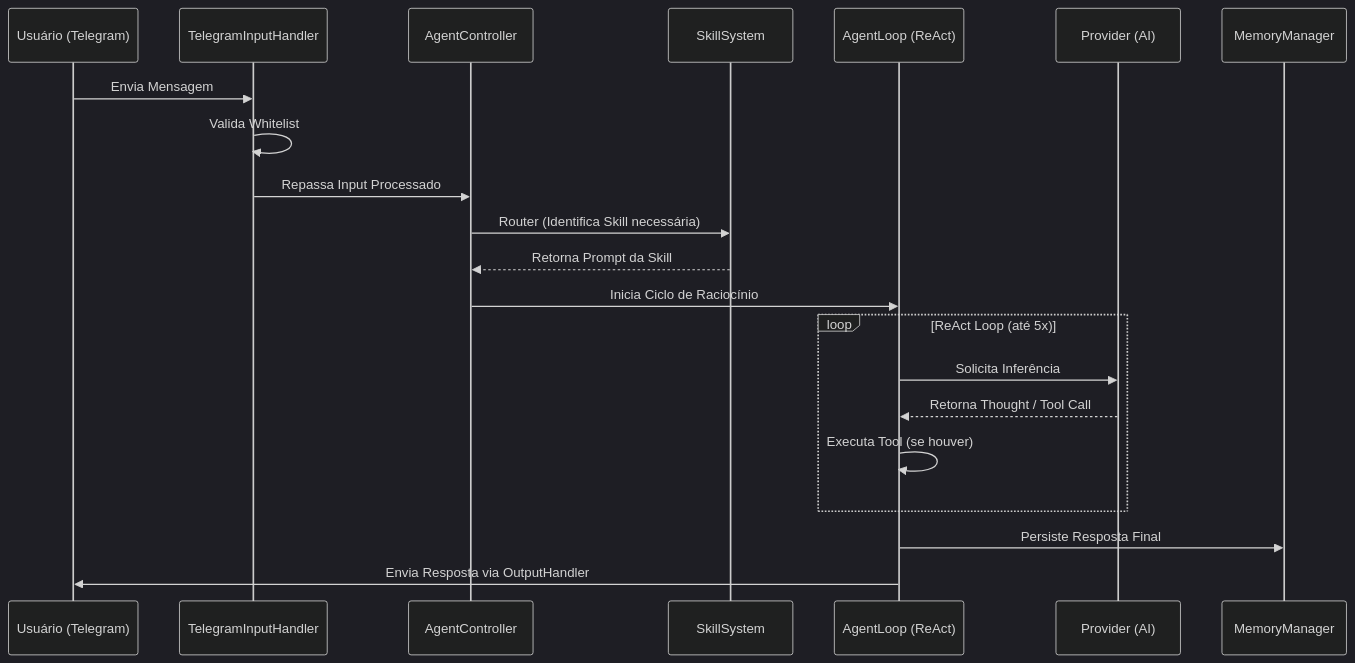
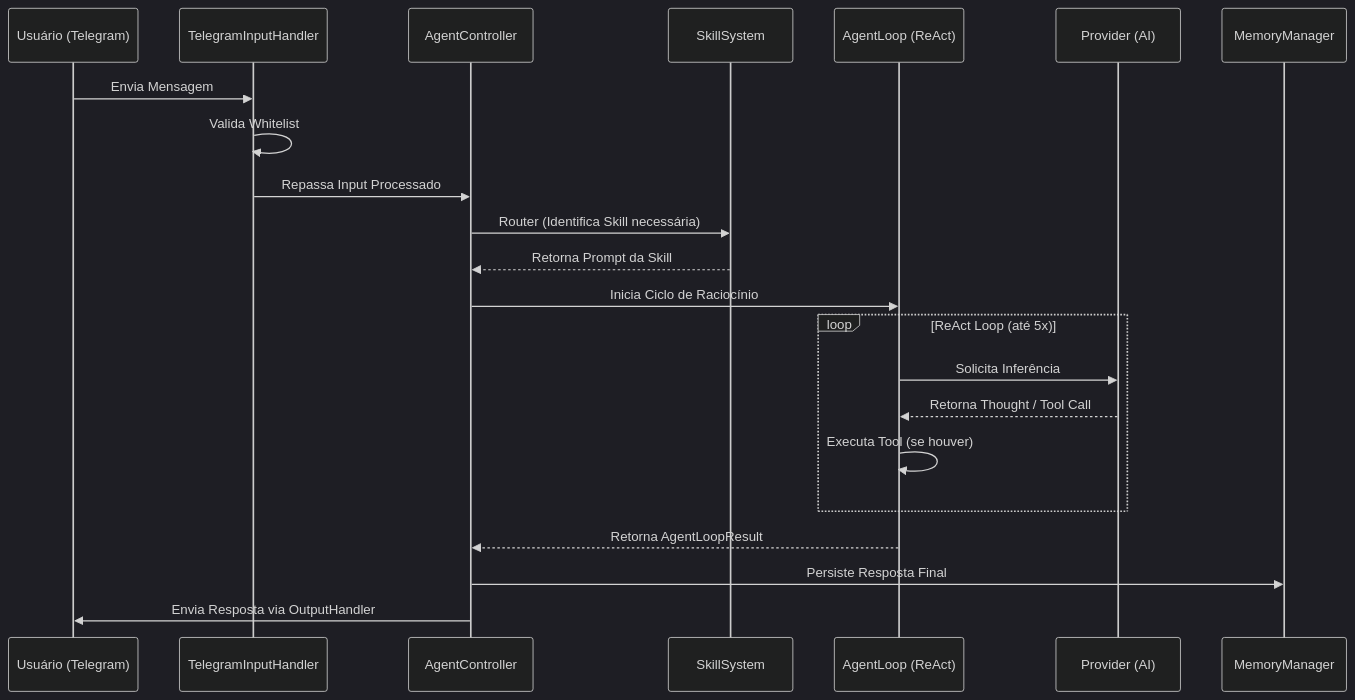
One commit to francojeferson/genericlaw changed the third of 3 diagrams in specs/architecture.md. Above: the diagram before and after it, drawn with Mermaid (dark theme). The commit also changed other lines of this file and 14 other files, not shown here.

First line of the commit message:
docs: revise PRD with new architecture, metrics, and testing plan

````diff
--- a/specs/architecture.md
+++ b/specs/architecture.md
@@ -136,24 +175,25 @@
 ```mermaid
 sequenceDiagram
     participant U as Usuário (Telegram)
     participant I as TelegramInputHandler
     participant C as AgentController
     participant S as SkillSystem
     participant L as AgentLoop (ReAct)
     participant LLM as Provider (AI)
     participant M as MemoryManager
 
     U->>I: Envia Mensagem
     I->>I: Valida Whitelist
     I->>C: Repassa Input Processado
     C->>S: Router (Identifica Skill necessária)
     S-->>C: Retorna Prompt da Skill
     C->>L: Inicia Ciclo de Raciocínio
     loop ReAct Loop (até 5x)
         L->>LLM: Solicita Inferência
         LLM-->>L: Retorna Thought / Tool Call
         L->>L: Executa Tool (se houver)
     end
-    L->>M: Persiste Resposta Final
-    L->>U: Envia Resposta via OutputHandler
+    L-->>C: Retorna AgentLoopResult
+    C->>M: Persiste Resposta Final
+    C->>U: Envia Resposta via OutputHandler
 ```
````
